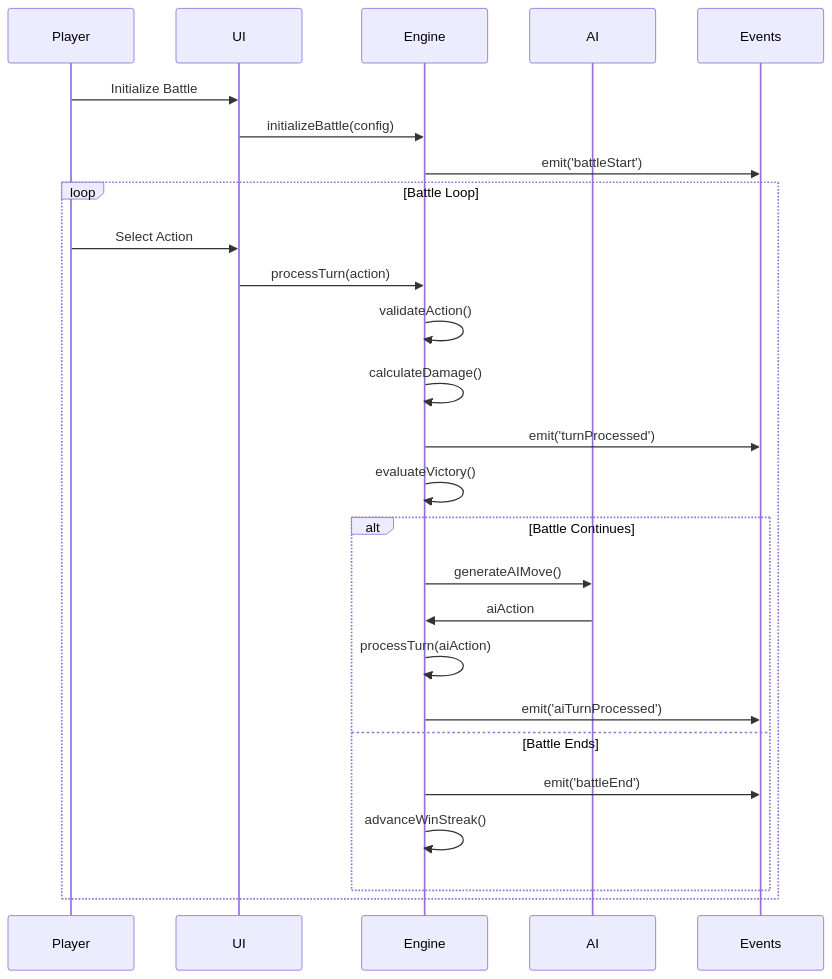
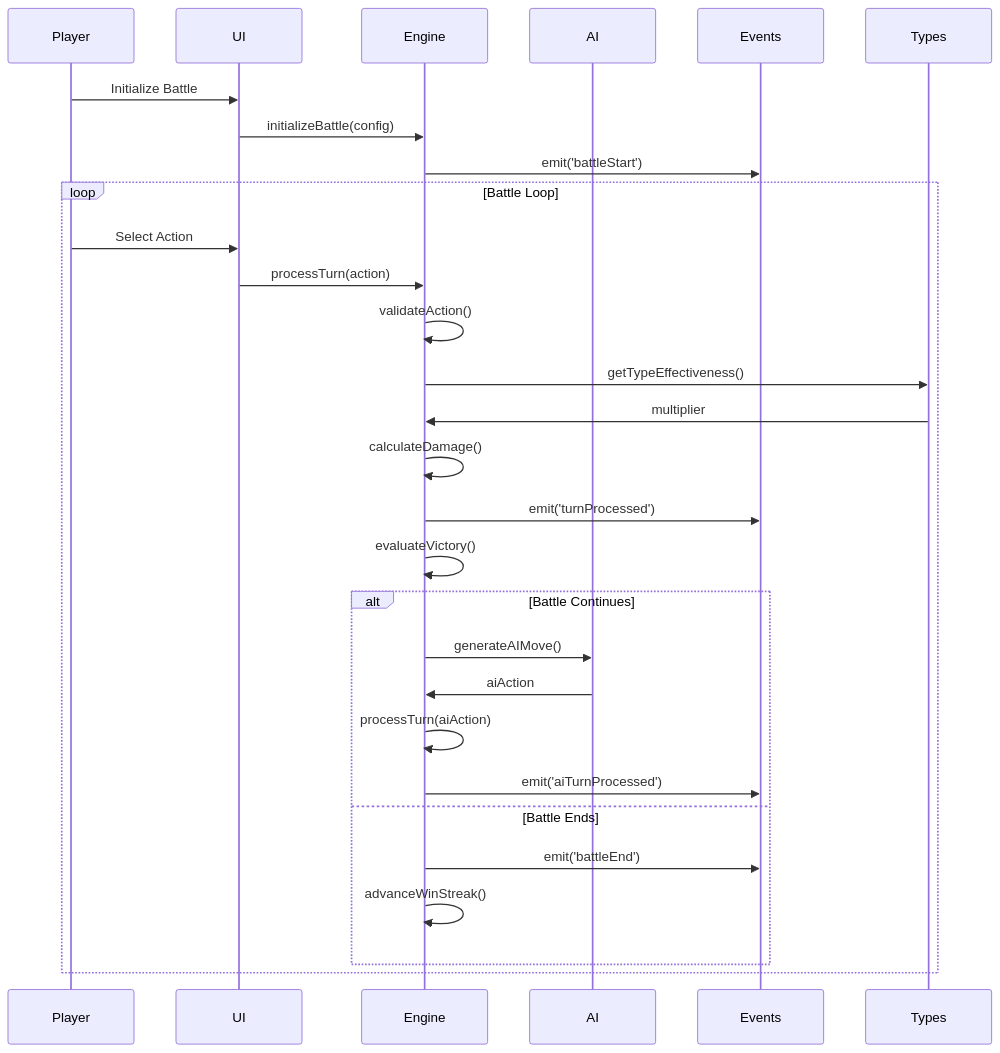
Before and after one commit to didier3529/crookmon-game: the eighth of 14 diagrams in TECHNICAL_ARCHITECTURE.md, drawn with Mermaid. The commit also changed other lines of this file, not shown here.

First line of the commit message:
docs: update TECHNICAL_ARCHITECTURE.md with latest changes

````diff
--- a/TECHNICAL_ARCHITECTURE.md
+++ b/TECHNICAL_ARCHITECTURE.md
@@ -296,31 +547,34 @@
 ```mermaid
 sequenceDiagram
     participant Player
     participant UI
     participant Engine
     participant AI
     participant Events
+    participant Types
 
     Player->>UI: Initialize Battle
     UI->>Engine: initializeBattle(config)
     Engine->>Events: emit('battleStart')
 
     loop Battle Loop
         Player->>UI: Select Action
         UI->>Engine: processTurn(action)
         Engine->>Engine: validateAction()
+        Engine->>Types: getTypeEffectiveness()
+        Types->>Engine: multiplier
         Engine->>Engine: calculateDamage()
         Engine->>Events: emit('turnProcessed')
         Engine->>Engine: evaluateVictory()
 
         alt Battle Continues
             Engine->>AI: generateAIMove()
             AI->>Engine: aiAction
             Engine->>Engine: processTurn(aiAction)
             Engine->>Events: emit('aiTurnProcessed')
         else Battle Ends
             Engine->>Events: emit('battleEnd')
             Engine->>Engine: advanceWinStreak()
         end
     end
 ```
````
